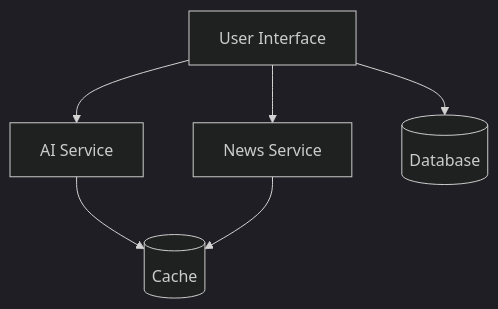
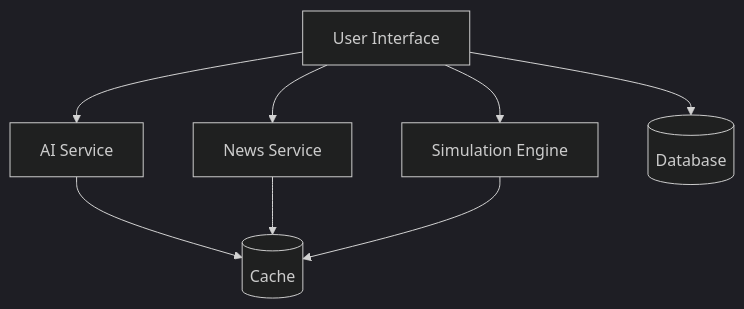
One commit to davethackeray/qwikbiz changed the first of 3 diagrams in docs/architecture/ARCHITECTURE.md. Above: the diagram before and after it, drawn with Mermaid (dark theme). The commit also changed other lines of this file and 72 other files, not shown here.

````diff
--- a/docs/architecture/ARCHITECTURE.md
+++ b/docs/architecture/ARCHITECTURE.md
@@ -7,14 +7,17 @@
 ```mermaid
 graph TB
     UI[User Interface]
     AI[AI Service]
     News[News Service]
+    Sim[Simulation Engine]
     DB[(Database)]
     Cache[(Cache)]
     
     UI --> AI
     UI --> News
+    UI --> Sim
     UI --> DB
     AI --> Cache
     News --> Cache
+    Sim --> Cache
 ```
````
